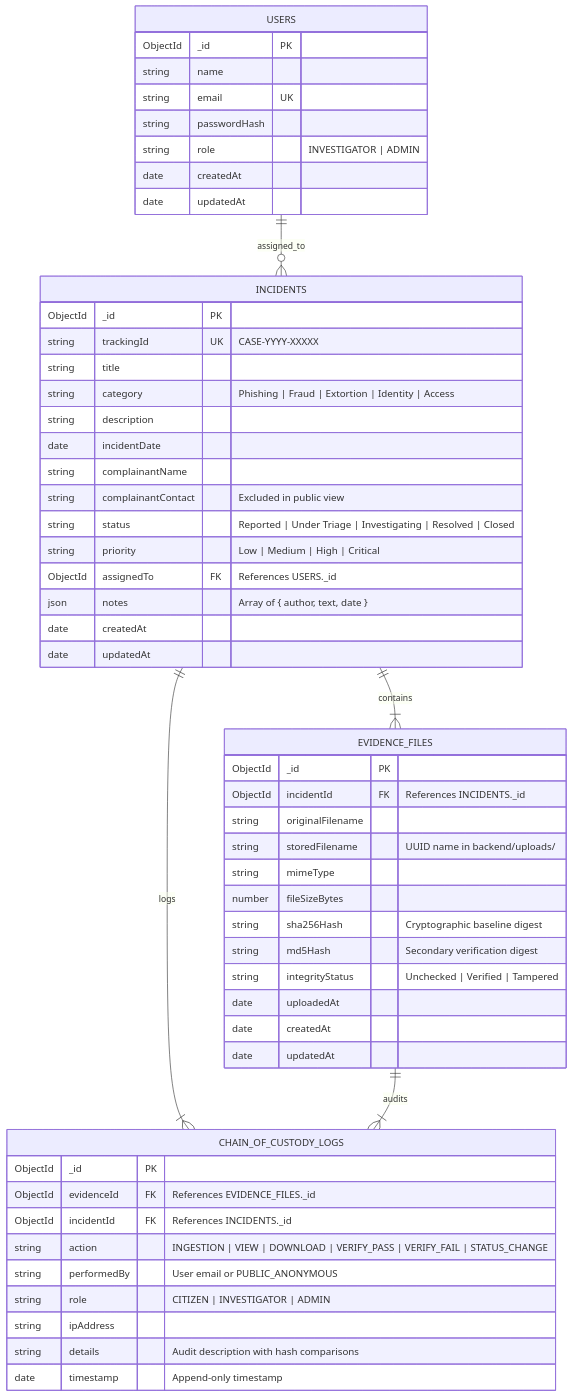
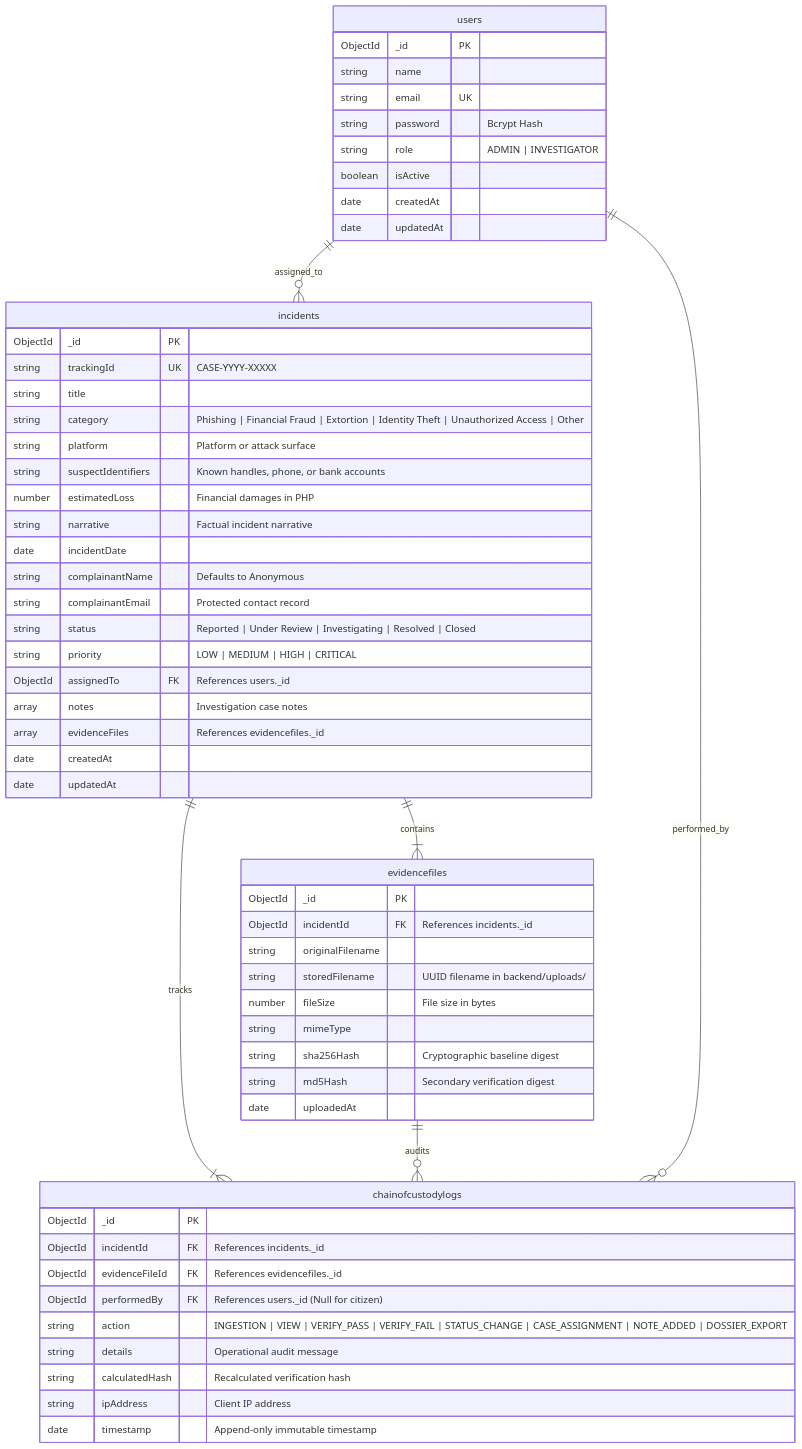
The seventh of 7 diagrams in docs/architecture-diagrams.md (uno-jerome/CyberTrace), drawn with Mermaid before and after one commit. The commit also changed other lines of this file, not shown here.

````diff
--- a/docs/architecture-diagrams.md
+++ b/docs/architecture-diagrams.md
@@ -199,61 +421,64 @@
 ```mermaid
 erDiagram
-    USERS {
+    users {
         ObjectId _id PK
         string name
         string email UK
-        string passwordHash
-        string role "INVESTIGATOR | ADMIN"
+        string password "Bcrypt Hash"
+        string role "ADMIN | INVESTIGATOR"
+        boolean isActive
         date createdAt
         date updatedAt
     }
 
-    INCIDENTS {
+    incidents {
         ObjectId _id PK
         string trackingId UK "CASE-YYYY-XXXXX"
         string title
-        string category "Phishing | Fraud | Extortion | Identity | Access"
-        string description
+        string category "Phishing | Financial Fraud | Extortion | Identity Theft | Unauthorized Access | Other"
+        string platform "Platform or attack surface"
+        string suspectIdentifiers "Known handles, phone, or bank accounts"
+        number estimatedLoss "Financial damages in PHP"
+        string narrative "Factual incident narrative"
         date incidentDate
-        string complainantName
-        string complainantContact "Excluded in public view"
-        string status "Reported | Under Triage | Investigating | Resolved | Closed"
-        string priority "Low | Medium | High | Critical"
-        ObjectId assignedTo FK "References USERS._id"
-        json notes "Array of { author, text, date }"
+        string complainantName "Defaults to Anonymous"
+        string complainantEmail "Protected contact record"
+        string status "Reported | Under Review | Investigating | Resolved | Closed"
+        string priority "LOW | MEDIUM | HIGH | CRITICAL"
+        ObjectId assignedTo FK "References users._id"
+        array notes "Investigation case notes"
+        array evidenceFiles "References evidencefiles._id"
         date createdAt
         date updatedAt
     }
 
-    EVIDENCE_FILES {
+    evidencefiles {
         ObjectId _id PK
-        ObjectId incidentId FK "References INCIDENTS._id"
+        ObjectId incidentId FK "References incidents._id"
         string originalFilename
-        string storedFilename "UUID name in backend/uploads/"
+        string storedFilename "UUID filename in backend/uploads/"
+        number fileSize "File size in bytes"
         string mimeType
-        number fileSizeBytes
         string sha256Hash "Cryptographic baseline digest"
         string md5Hash "Secondary verification digest"
-        string integrityStatus "Unchecked | Verified | Tampered"
         date uploadedAt
-        date createdAt
-        date updatedAt
     }
 
-    CHAIN_OF_CUSTODY_LOGS {
+    chainofcustodylogs {
         ObjectId _id PK
-        ObjectId evidenceId FK "References EVIDENCE_FILES._id"
-        ObjectId incidentId FK "References INCIDENTS._id"
-        string action "INGESTION | VIEW | DOWNLOAD | VERIFY_PASS | VERIFY_FAIL | STATUS_CHANGE"
-        string performedBy "User email or PUBLIC_ANONYMOUS"
-        string role "CITIZEN | INVESTIGATOR | ADMIN"
-        string ipAddress
-        string details "Audit description with hash comparisons"
-        date timestamp "Append-only timestamp"
+        ObjectId incidentId FK "References incidents._id"
+        ObjectId evidenceFileId FK "References evidencefiles._id"
+        ObjectId performedBy FK "References users._id (Null for citizen)"
+        string action "INGESTION | VIEW | VERIFY_PASS | VERIFY_FAIL | STATUS_CHANGE | CASE_ASSIGNMENT | NOTE_ADDED | DOSSIER_EXPORT"
+        string details "Operational audit message"
+        string calculatedHash "Recalculated verification hash"
+        string ipAddress "Client IP address"
+        date timestamp "Append-only immutable timestamp"
     }
 
-    USERS ||--o{ INCIDENTS : "assigned_to"
-    INCIDENTS ||--|{ EVIDENCE_FILES : "contains"
-    INCIDENTS ||--|{ CHAIN_OF_CUSTODY_LOGS : "logs"
-    EVIDENCE_FILES ||--|{ CHAIN_OF_CUSTODY_LOGS : "audits"
+    users ||--o{ incidents : "assigned_to"
+    incidents ||--|{ evidencefiles : "contains"
+    incidents ||--|{ chainofcustodylogs : "tracks"
+    evidencefiles ||--o{ chainofcustodylogs : "audits"
+    users ||--o{ chainofcustodylogs : "performed_by"
 ```
````
